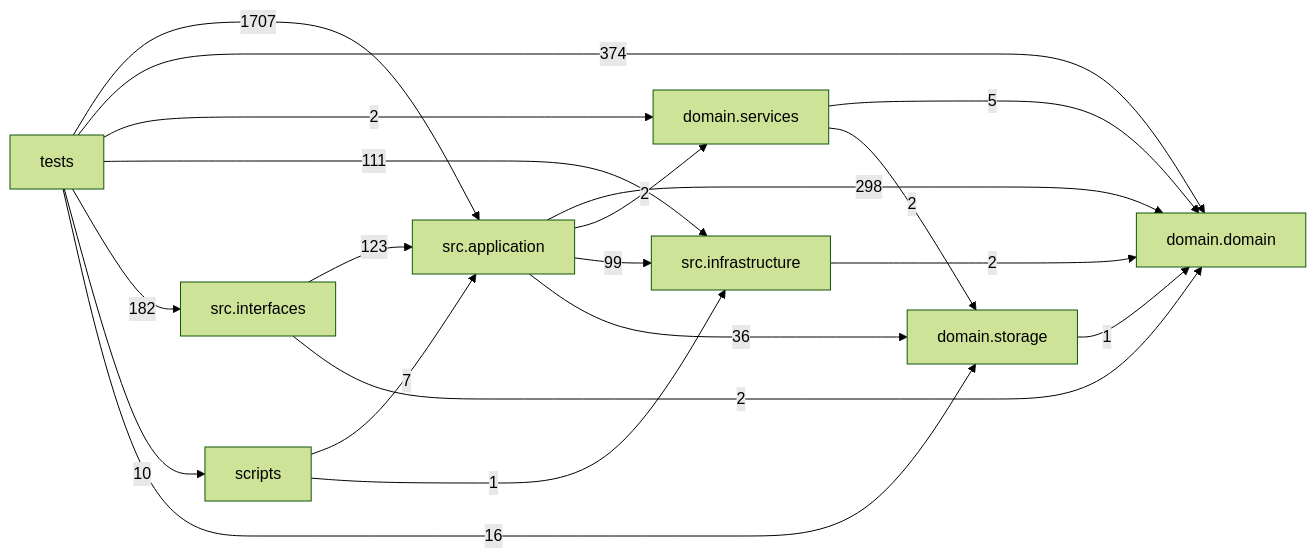
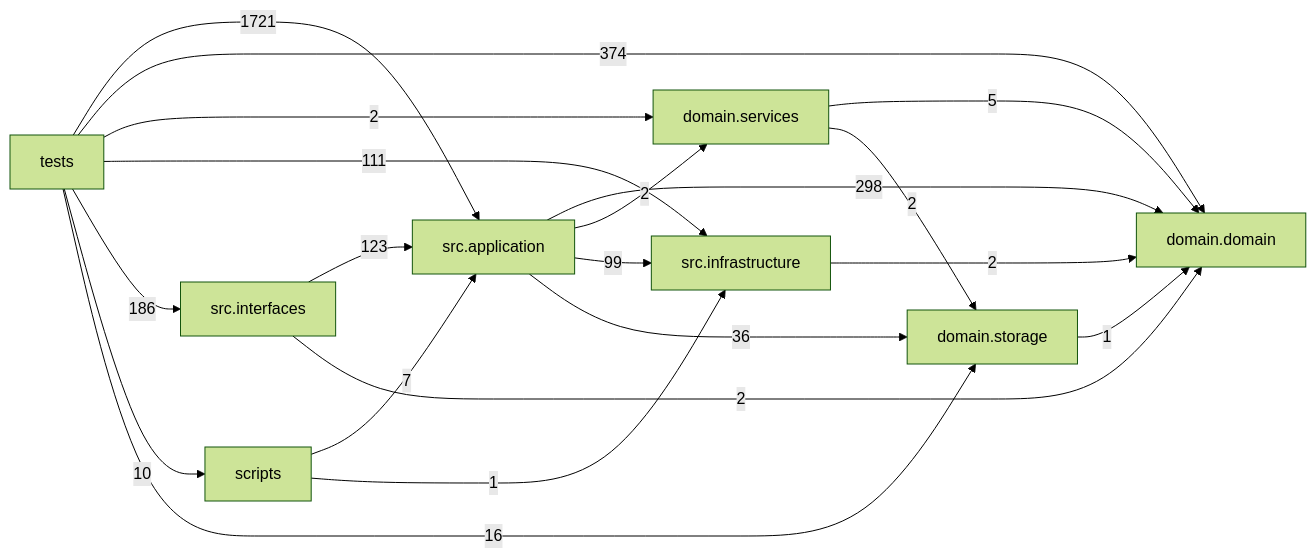
One commit to liuxie066/options-monitor changed the diagram in docs/DEPENDENCY_GRAPH.md. Above: the diagram before and after it, drawn with Mermaid (forest theme). The commit also changed other lines of this file and 24 other files, not shown here.

````diff
--- a/docs/DEPENDENCY_GRAPH.md
+++ b/docs/DEPENDENCY_GRAPH.md
@@ -24,30 +24,30 @@
 ```mermaid
 flowchart LR
   tests["tests"]
   scripts["scripts"]
   interfaces["src.interfaces"]
   application["src.application"]
   infrastructure["src.infrastructure"]
   domain_services["domain.services"]
   domain["domain.domain"]
   storage["domain.storage"]
   application -->|298| domain
   application -->|2| domain_services
   application -->|99| infrastructure
   application -->|36| storage
   domain_services -->|5| domain
   domain_services -->|2| storage
   infrastructure -->|2| domain
   interfaces -->|123| application
   interfaces -->|2| domain
   scripts -->|7| application
   scripts -->|1| infrastructure
   storage -->|1| domain
-  tests -->|1707| application
+  tests -->|1721| application
   tests -->|374| domain
   tests -->|2| domain_services
   tests -->|111| infrastructure
-  tests -->|182| interfaces
+  tests -->|186| interfaces
   tests -->|10| scripts
   tests -->|16| storage
 ```
````
